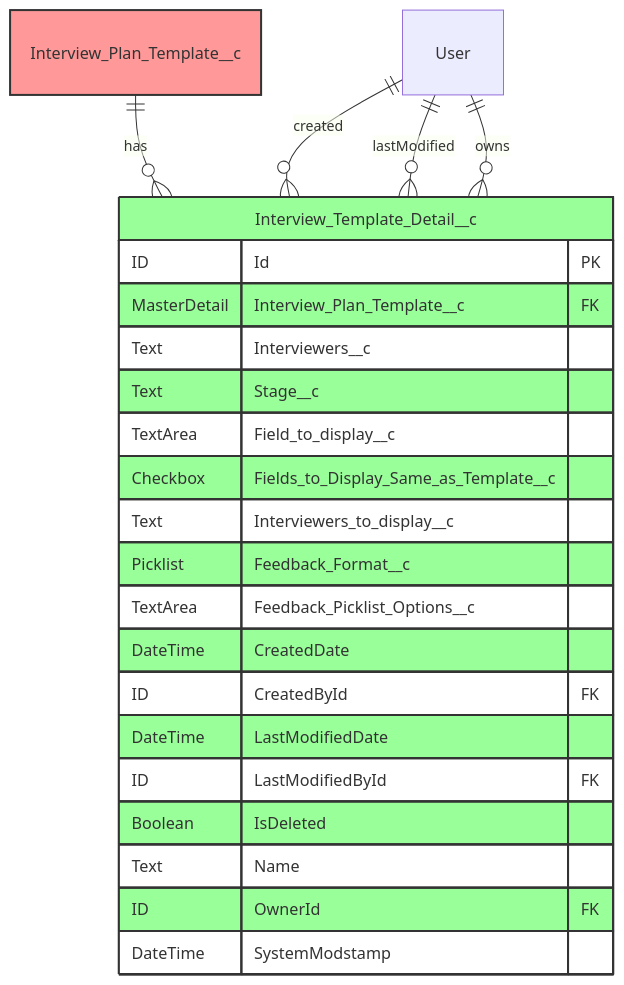
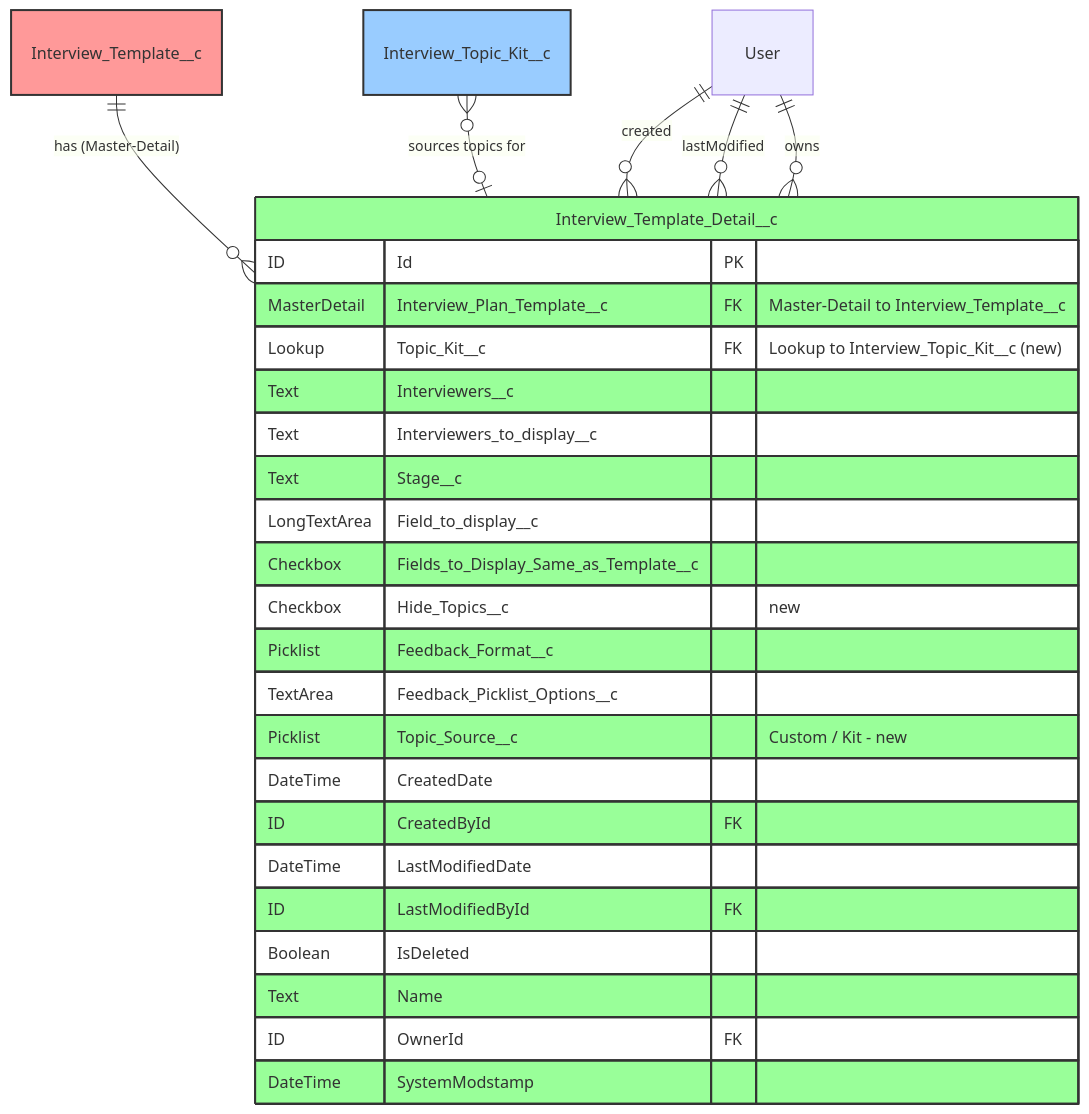
The first of 6 diagrams in ATS/ERD_Missing_Objects_Complete.md (asymblinc/ProductDocumentations), drawn with Mermaid before and after one commit. The commit also changed other lines of this file and 12 other files, not shown here.

````diff
--- a/ATS/ERD_Missing_Objects_Complete.md
+++ b/ATS/ERD_Missing_Objects_Complete.md
@@ -7,35 +9,39 @@
 ```mermaid
 erDiagram
     Interview_Template_Detail__c {
         ID Id PK
-        MasterDetail Interview_Plan_Template__c FK
+        MasterDetail Interview_Plan_Template__c FK "Master-Detail to Interview_Template__c"
+        Lookup Topic_Kit__c FK "Lookup to Interview_Topic_Kit__c (new)"
         Text Interviewers__c
+        Text Interviewers_to_display__c
         Text Stage__c
-        TextArea Field_to_display__c
+        LongTextArea Field_to_display__c
         Checkbox Fields_to_Display_Same_as_Template__c
-        Text Interviewers_to_display__c
+        Checkbox Hide_Topics__c "new"
         Picklist Feedback_Format__c
         TextArea Feedback_Picklist_Options__c
+        Picklist Topic_Source__c "Custom / Kit - new"
         DateTime CreatedDate
         ID CreatedById FK
         DateTime LastModifiedDate
         ID LastModifiedById FK
         Boolean IsDeleted
         Text Name
         ID OwnerId FK
         DateTime SystemModstamp
     }
-    
-    Interview_Plan_Template__c ||--o{ Interview_Template_Detail__c : "has"
+
+    Interview_Template__c ||--o{ Interview_Template_Detail__c : "has (Master-Detail)"
+    Interview_Topic_Kit__c }o--o| Interview_Template_Detail__c : "sources topics for"
     User ||--o{ Interview_Template_Detail__c : "created"
     User ||--o{ Interview_Template_Detail__c : "lastModified"
     User ||--o{ Interview_Template_Detail__c : "owns"
-    
-    %% Color coding
+
     classDef masterDetail fill:#ff9999,stroke:#333,stroke-width:2px
     classDef lookup fill:#99ccff,stroke:#333,stroke-width:2px
     classDef standard fill:#99ff99,stroke:#333,stroke-width:2px
-    
+
     class Interview_Template_Detail__c standard
-    class Interview_Plan_Template__c masterDetail
+    class Interview_Template__c masterDetail
+    class Interview_Topic_Kit__c lookup
 ```
````
